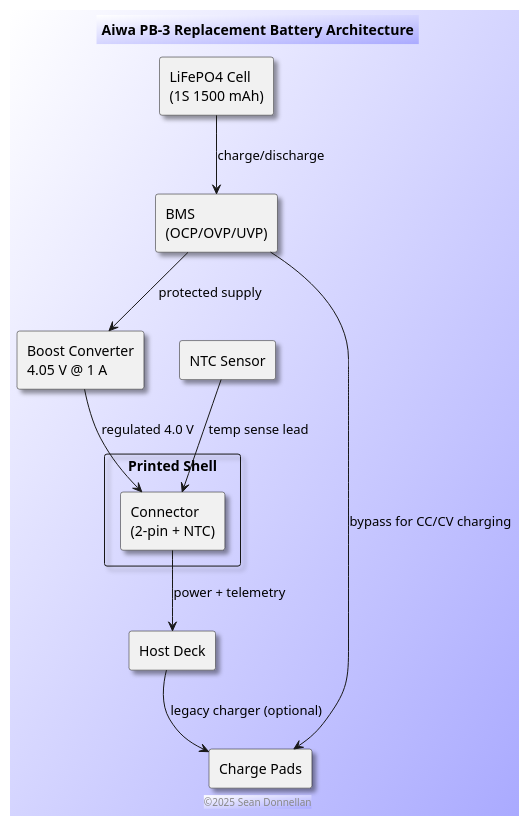
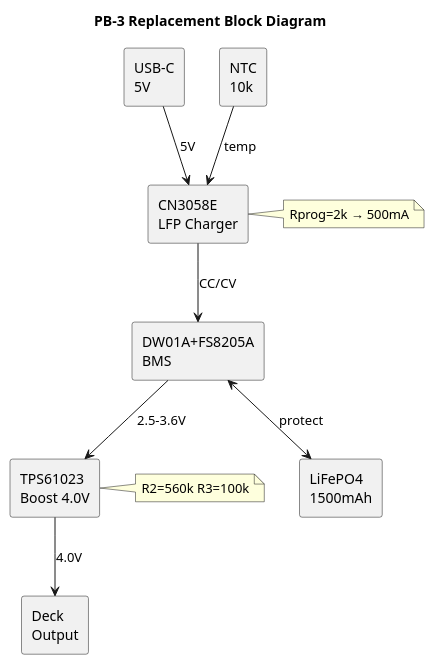
Before and after one commit to donnels/aiwa-pb-3: the diagram in images/pb3-architecture.plantuml, drawn with PlantUML. The commit also changed 8 other files, not shown here.

```diff
--- a/images/pb3-architecture.plantuml
+++ b/images/pb3-architecture.plantuml
@@ -1,27 +1,23 @@
 @startuml PB3Architecture
-title Aiwa PB-3 Replacement Battery Architecture
-footer ©2025 Sean Donnellan
-skinparam backgroundColor #fff/aaf
+title PB-3 Replacement Block Diagram
+skinparam backgroundColor white
 skinparam componentStyle rectangle
-skinparam shadowing 1
 
-rectangle "Printed Shell" {
-  component "Connector\n(2-pin + NTC)" as Connector
-}
+rectangle "USB-C\n5V" as USB
+rectangle "CN3058E\nLFP Charger" as CHG
+rectangle "DW01A+FS8205A\nBMS" as BMS
+rectangle "LiFePO4\n1500mAh" as CELL
+rectangle "TPS61023\nBoost 4.0V" as BOOST
+rectangle "Deck\nOutput" as OUT
+rectangle "NTC\n10k" as NTC
 
-component "LiFePO4 Cell\n(1S 1500 mAh)" as Cell
-component "BMS\n(OCP/OVP/UVP)" as BMS
-component "NTC Sensor" as NTC
-component "Boost Converter\n4.05 V @ 1 A" as Boost
-component "Charge Pads" as Charge
-component "Host Deck" as Host
+USB --> CHG : 5V
+CHG --> BMS : CC/CV
+BMS <--> CELL : protect
+BMS --> BOOST : 2.5-3.6V
+BOOST --> OUT : 4.0V
+NTC --> CHG : temp
 
-Cell --> BMS : charge/discharge
-BMS --> Boost : protected supply
-Boost --> Connector : regulated 4.0 V
-BMS --> Charge : bypass for CC/CV charging
-NTC --> Connector : temp sense lead
-Connector --> Host : power + telemetry
-Host --> Charge : legacy charger (optional)
-
+note right of CHG : Rprog=2k → 500mA
+note right of BOOST : R2=560k R3=100k
 @enduml
```
